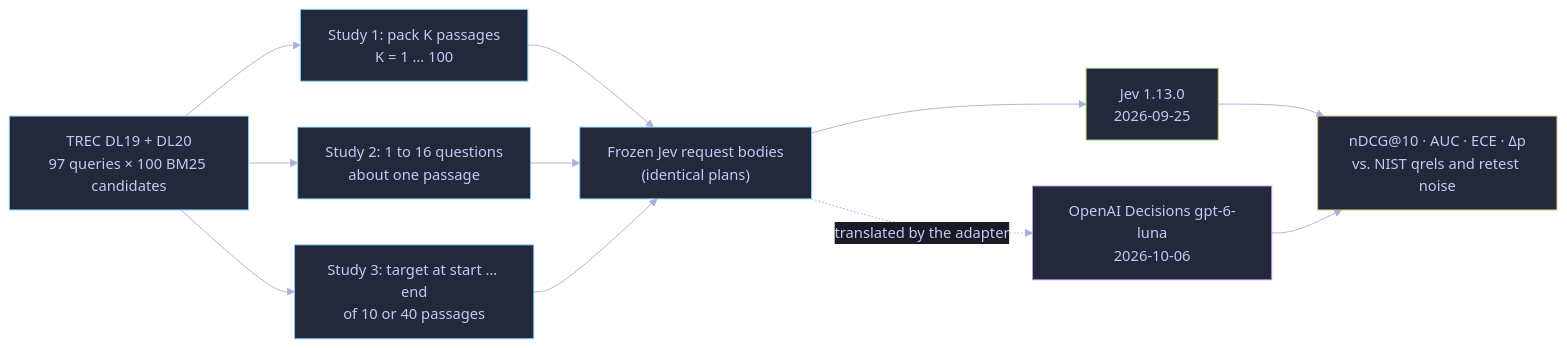
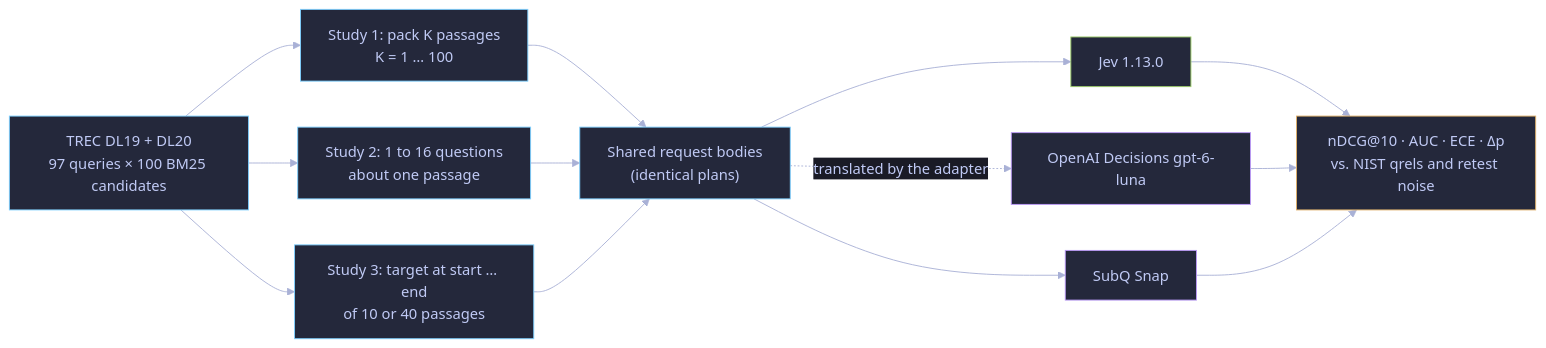
Before and after one commit to dorkitude/decision-model-testing: the diagram in experiments/request-shaping/README.md, drawn with Mermaid. The commit also changed other lines of this file and 57 other files, not shown here.

````diff
--- a/experiments/request-shaping/README.md
+++ b/experiments/request-shaping/README.md
@@ -25,22 +25,25 @@
 ```mermaid
 %%{init: {"theme": "base", "themeVariables": {"background": "#1a1b26", "primaryColor": "#24283b", "primaryTextColor": "#c0caf5", "textColor": "#c0caf5", "primaryBorderColor": "#7aa2f7", "lineColor": "#a9b1d6", "edgeLabelBackground": "#1a1b26"}}}%%
 flowchart LR
     T["TREC DL19 + DL20<br/>97 queries × 100 BM25 candidates"] --> S1["Study 1: pack K passages<br/>K = 1 … 100"]
     T --> S2["Study 2: 1 to 16 questions<br/>about one passage"]
     T --> S3["Study 3: target at start … end<br/>of 10 or 40 passages"]
-    S1 --> B["Frozen Jev request bodies<br/>(identical plans)"]
+    S1 --> B["Shared request bodies<br/>(identical plans)"]
     S2 --> B
     S3 --> B
-    B --> J["Jev 1.13.0<br/>2026-09-25"]
-    B -. "translated by the adapter" .-> D["OpenAI Decisions gpt-6-luna<br/>2026-10-06"]
+    B --> J["Jev 1.13.0"]
+    B -. "translated by the adapter" .-> D["OpenAI Decisions gpt-6-luna"]
+    B --> Q["SubQ Snap"]
     J --> M["nDCG@10 · AUC · ECE · Δp<br/>vs. NIST qrels and retest noise"]
     D --> M
+    Q --> M
     classDef shared fill:#24283b,stroke:#7dcfff,color:#c0caf5;
     classDef jev fill:#24283b,stroke:#9ece6a,color:#c0caf5;
     classDef decisions fill:#24283b,stroke:#bb9af7,color:#c0caf5;
     classDef score fill:#24283b,stroke:#e0af68,color:#c0caf5;
     class T,S1,S2,S3,B shared;
     class J jev;
     class D decisions;
+    class Q decisions;
     class M score;
 ```
````
